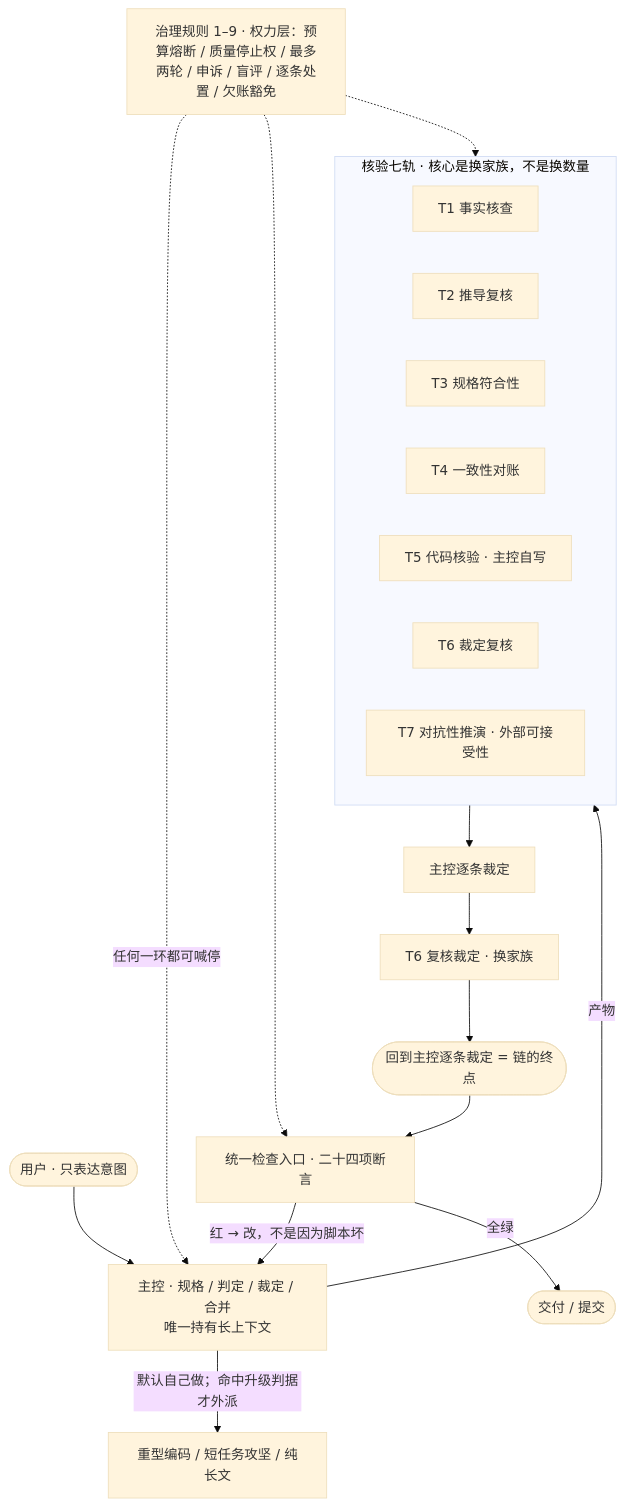
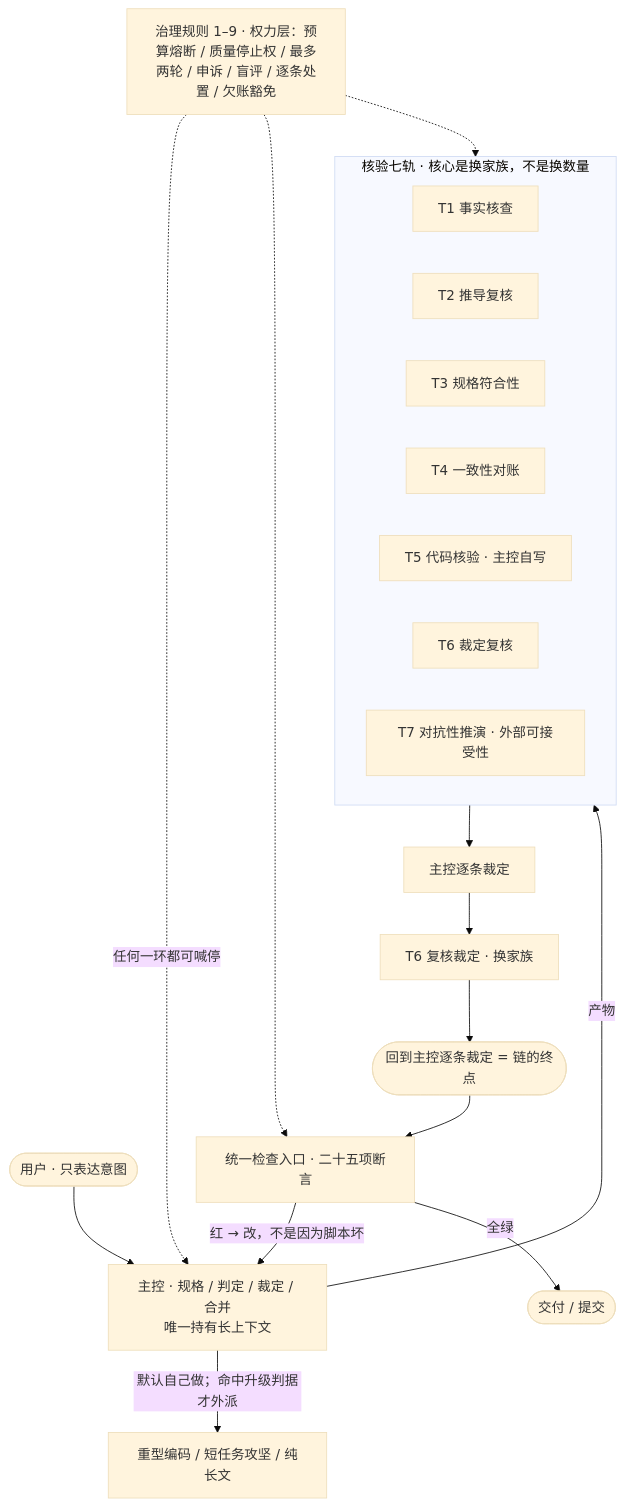
The diagram in README.md (cty66699/dsh-ai-system), drawn with Mermaid (base theme) before and after one commit. The commit also changed other lines of this file and 8 other files, not shown here.

````diff
--- a/README.md
+++ b/README.md
@@ -445,29 +445,29 @@
 ```mermaid
 flowchart TB
   U(["用户 · 只表达意图"]) --> M["主控 · 规格 / 判定 / 裁定 / 合并<br/>唯一持有长上下文"]
   M -->|"默认自己做；命中升级判据才外派"| ESC["重型编码 / 短任务攻坚 / 纯长文"]
 
   subgraph V["核验七轨 · 核心是换家族，不是换数量"]
     direction LR
     T1["T1 事实核查"]
     T2["T2 推导复核"]
     T3["T3 规格符合性"]
     T4["T4 一致性对账"]
     T5["T5 代码核验 · 主控自写"]
     T6["T6 裁定复核"]
     T7["T7 对抗性推演 · 外部可接受性"]
   end
 
   M -->|"产物"| V
   V --> DISP["主控逐条裁定"]
   DISP --> T6R["T6 复核裁定 · 换家族"]
   T6R --> END(["回到主控逐条裁定 = 链的终点"])
-  END --> GATE["统一检查入口 · 二十四项断言"]
+  END --> GATE["统一检查入口 · 二十五项断言"]
   GATE -->|"红 → 改，不是因为脚本坏"| M
   GATE -->|"全绿"| OUT(["交付 / 提交"])
 
   POWER["治理规则 1–9 · 权力层：预算熔断 / 质量停止权 / 最多两轮 / 申诉 / 盲评 / 逐条处置 / 欠账豁免"]
   POWER -.->|"任何一环都可喊停"| M
   POWER -.-> V
   POWER -.-> GATE
 ```
````
